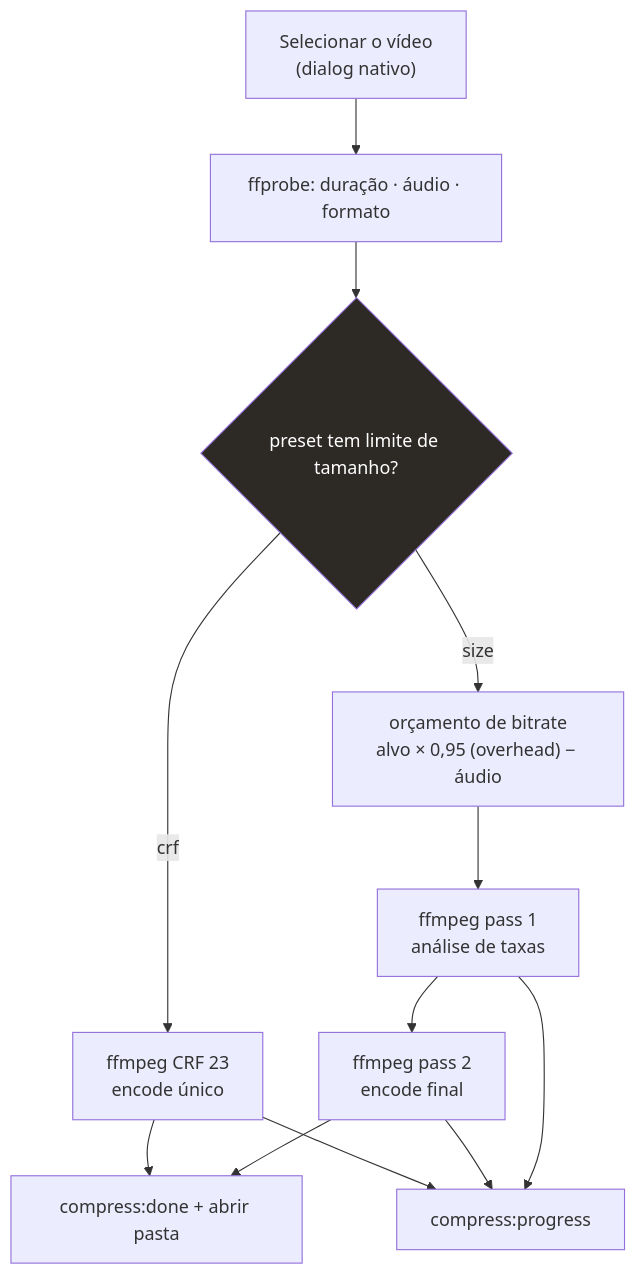
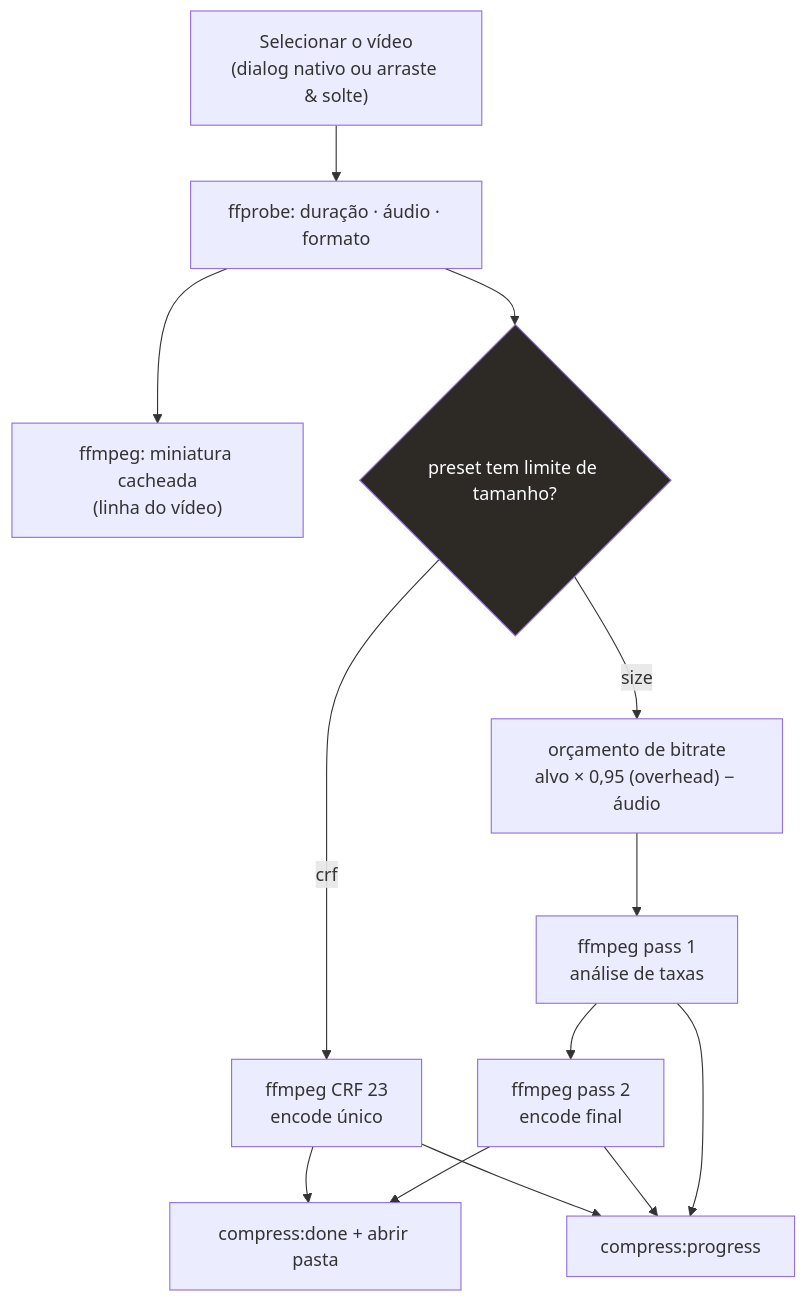
One commit to fabianoflorentino/vidctl changed the second of 3 diagrams in README.md. Above: the diagram before and after it, drawn with Mermaid. The commit also changed other lines of this file and 1 other file, not shown here.

````diff
--- a/README.md
+++ b/README.md
@@ -76,16 +82,17 @@
 ```mermaid
 flowchart TD
-  A["Selecionar o vídeo<br/>(dialog nativo)"] --> B["ffprobe: duração · áudio · formato"]
+  A["Selecionar o vídeo<br/>(dialog nativo ou arraste & solte)"] --> B["ffprobe: duração · áudio · formato"]
+  B --> T["ffmpeg: miniatura cacheada<br/>(linha do vídeo)"]
   B --> C{"preset tem limite de tamanho?"}
   C -- "size" --> D["orçamento de bitrate<br/>alvo × 0,95 (overhead) − áudio"]
   D --> E["ffmpeg pass 1<br/>análise de taxas"]
   E --> F["ffmpeg pass 2<br/>encode final"]
   F --> G["compress:done + abrir pasta"]
   C -- "crf" --> H["ffmpeg CRF 23<br/>encode único"]
   H --> G
   E --> X["compress:progress"]
   F --> X
   H --> X
 
   style C fill:#2d2a26,color:#fff
 ```
````
